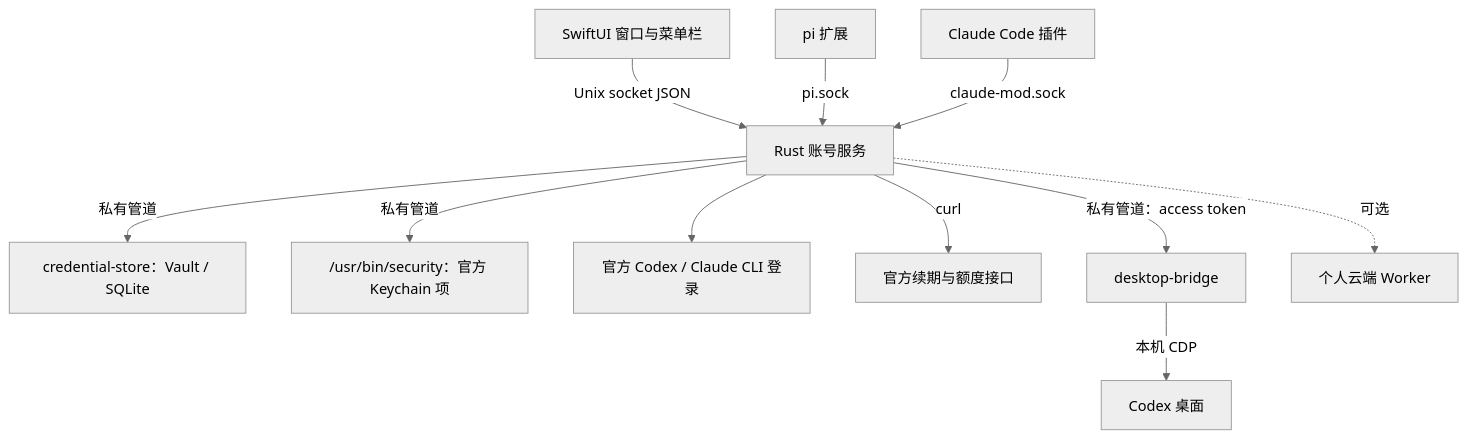
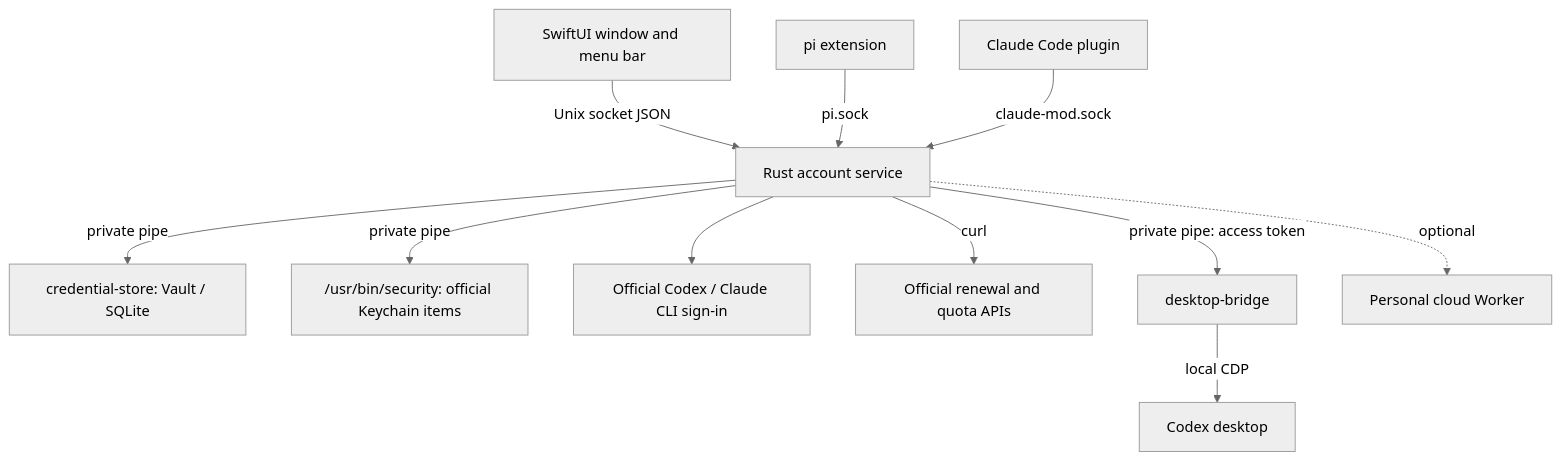
Before and after one commit to WUXM5/AuthBaton: the diagram in README.md, drawn with Mermaid (neutral theme). The commit also changed other lines of this file and 1 other file, not shown here.

````diff
--- a/README.md
+++ b/README.md
@@ -32,13 +37,13 @@
 ```mermaid
 flowchart TD
-    UI[SwiftUI 窗口与菜单栏] -->|Unix socket JSON| S[Rust 账号服务]
-    S -->|私有管道| H[credential-store：Vault / SQLite]
-    S -->|私有管道| K["/usr/bin/security：官方 Keychain 项"]
-    S --> L[官方 Codex / Claude CLI 登录]
-    S -->|curl| API[官方续期与额度接口]
-    S -->|私有管道：access token| B[desktop-bridge]
-    B -->|本机 CDP| D[Codex 桌面]
-    P[pi 扩展] -->|pi.sock| S
-    M[Claude Code 插件] -->|claude-mod.sock| S
-    S -.->|可选| W[个人云端 Worker]
+    UI[SwiftUI window and menu bar] -->|Unix socket JSON| S[Rust account service]
+    S -->|private pipe| H["credential-store: Vault / SQLite"]
+    S -->|private pipe| K["/usr/bin/security: official Keychain items"]
+    S --> L[Official Codex / Claude CLI sign-in]
+    S -->|curl| API[Official renewal and quota APIs]
+    S -->|"private pipe: access token"| B[desktop-bridge]
+    B -->|local CDP| D[Codex desktop]
+    P[pi extension] -->|pi.sock| S
+    M[Claude Code plugin] -->|claude-mod.sock| S
+    S -.->|optional| W[Personal cloud Worker]
 ```
````
